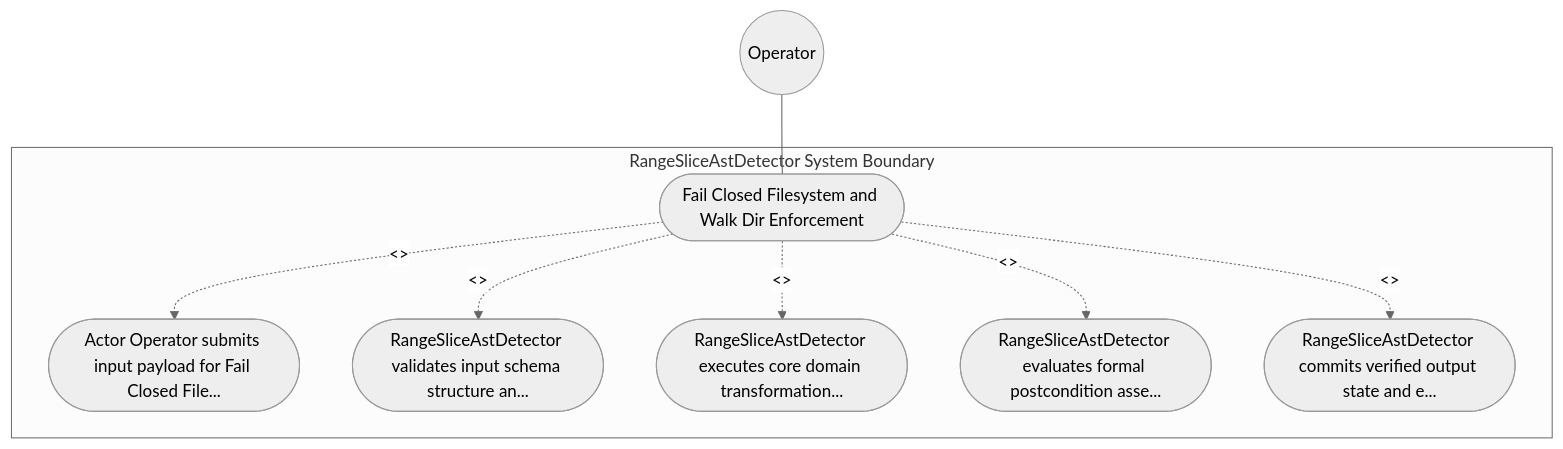
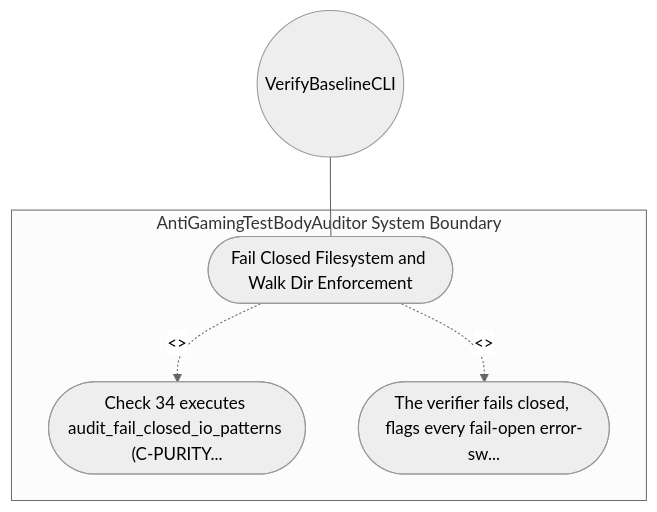
One commit to gintatkinson/DEAP01-spec-core changed the diagram in .pipeline/upstream/docs/use-cases/UC-07-Fail_Closed_Filesystem_and_WalkDir_Enforcement.md. Above: the diagram before and after it, drawn with Mermaid (neutral theme). The commit also changed other lines of this file and 213 other files, not shown here.

````diff
--- a/.pipeline/upstream/docs/use-cases/UC-07-Fail_Closed_Filesystem_and_WalkDir_Enforcement.md
+++ b/.pipeline/upstream/docs/use-cases/UC-07-Fail_Closed_Filesystem_and_WalkDir_Enforcement.md
@@ -16,17 +16,11 @@
 ```mermaid
 graph TD
-    subgraph "RangeSliceAstDetector System Boundary"
+    subgraph "AntiGamingTestBodyAuditor System Boundary"
         UC_Main(["Fail Closed Filesystem and Walk Dir Enforcement"])
-        UC_Step01(["Actor Operator submits input payload for Fail Closed File..."])
-        UC_Step02(["RangeSliceAstDetector validates input schema structure an..."])
-        UC_Step03(["RangeSliceAstDetector executes core domain transformation..."])
-        UC_Step04(["RangeSliceAstDetector evaluates formal postcondition asse..."])
-        UC_Step05(["RangeSliceAstDetector commits verified output state and e..."])
+        UC_Step01(["Check 34 executes audit_fail_closed_io_patterns (C-PURITY..."])
+        UC_Step02(["The verifier fails closed, flags every fail-open error-sw..."])
     end
-    Operator(("Operator")) --- UC_Main
+    VerifyBaselineCLI(("VerifyBaselineCLI")) --- UC_Main
     UC_Main -. "<<include>>" .-> UC_Step01
     UC_Main -. "<<include>>" .-> UC_Step02
-    UC_Main -. "<<include>>" .-> UC_Step03
-    UC_Main -. "<<include>>" .-> UC_Step04
-    UC_Main -. "<<include>>" .-> UC_Step05
 ```
````
